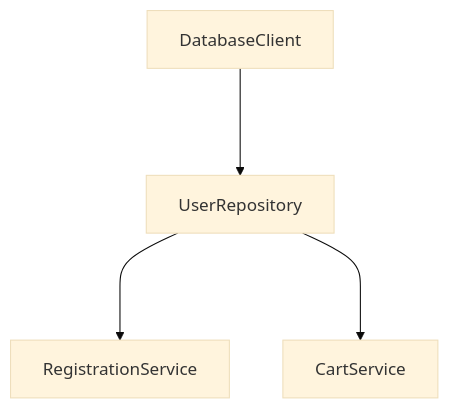
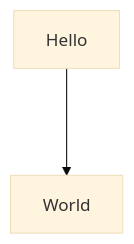
Before and after one commit to iostreamer-X/docs: the diagram in dependencies-and-scope/dependencies.mdx, drawn with Mermaid (base theme). The commit also changed other lines of this file and 6 other files, not shown here.

````diff
--- a/dependencies-and-scope/dependencies.mdx
+++ b/dependencies-and-scope/dependencies.mdx
@@ -17,5 +26,4 @@
 ```mermaid
   flowchart TB
-    DatabaseClient ---> UserRepository ---> RegistrationService
-    UserRepository ---> CartService
+    Hello ---> World
 ```
````
